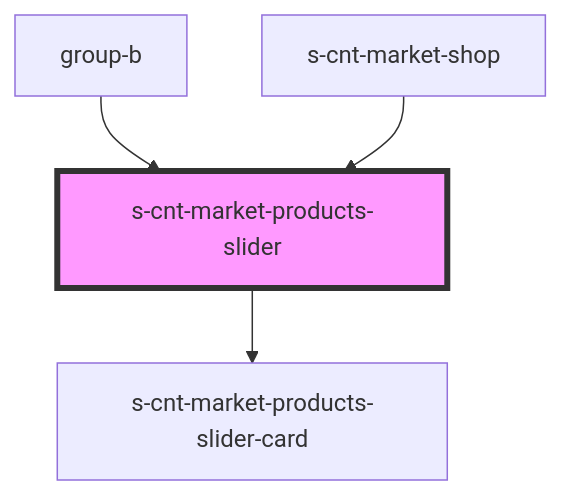
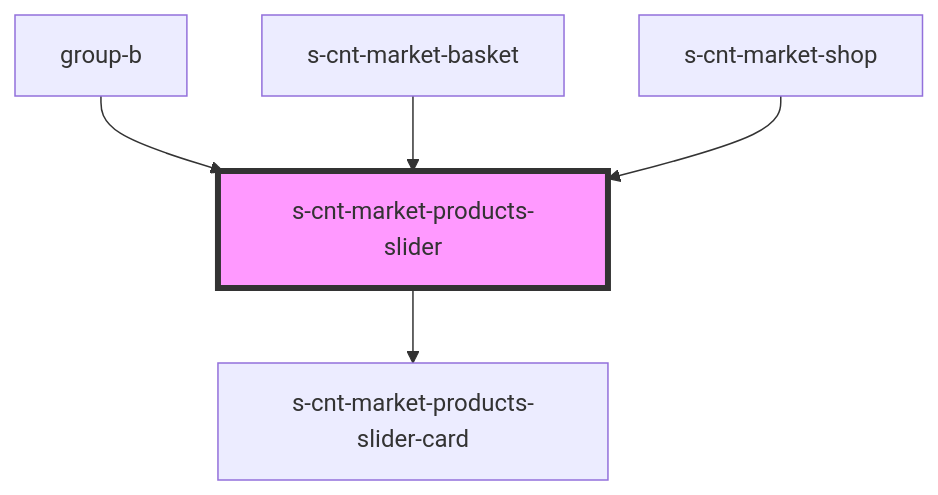
One commit to saqhan/stencil-market changed the diagram in src/components/group-a/res/view/s-cnt-market-shop/res/view/s-cnt-market-products-slider/readme.md. Above: the diagram before and after it, drawn with Mermaid. The commit also changed other lines of this file and 38 other files, not shown here.

````diff
--- a/src/components/group-a/res/view/s-cnt-market-shop/res/view/s-cnt-market-products-slider/readme.md
+++ b/src/components/group-a/res/view/s-cnt-market-shop/res/view/s-cnt-market-products-slider/readme.md
@@ -35,7 +37,8 @@
 ```mermaid
 graph TD;
   s-cnt-market-products-slider --> s-cnt-market-products-slider-card
   group-b --> s-cnt-market-products-slider
+  s-cnt-market-basket --> s-cnt-market-products-slider
   s-cnt-market-shop --> s-cnt-market-products-slider
   style s-cnt-market-products-slider fill:#f9f,stroke:#333,stroke-width:4px
 ```
````
